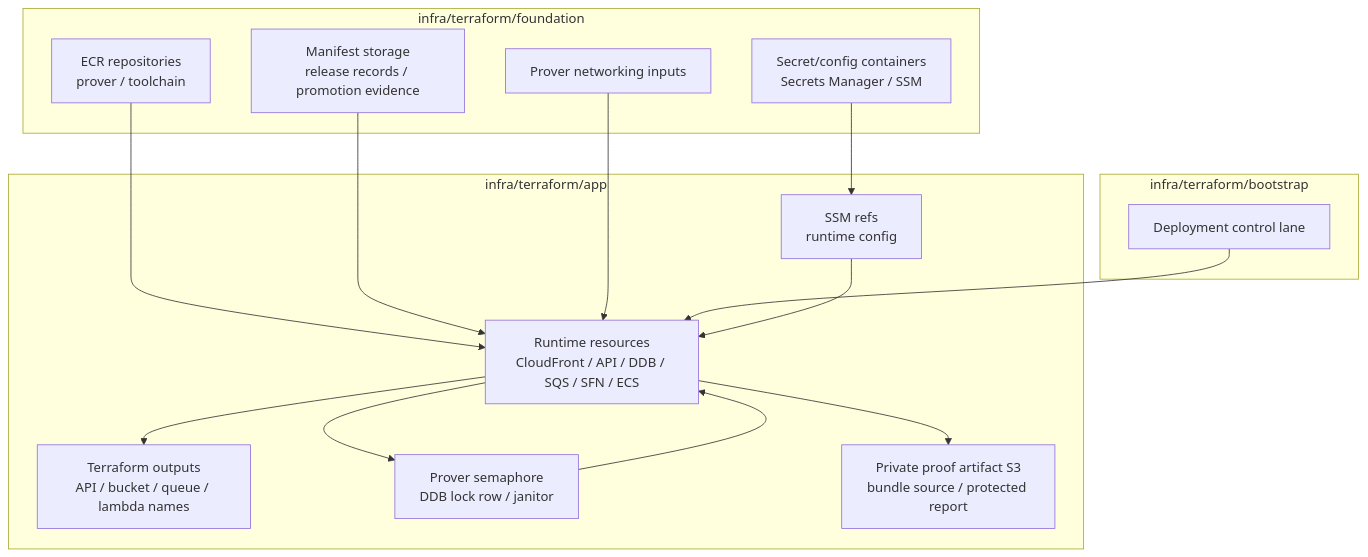
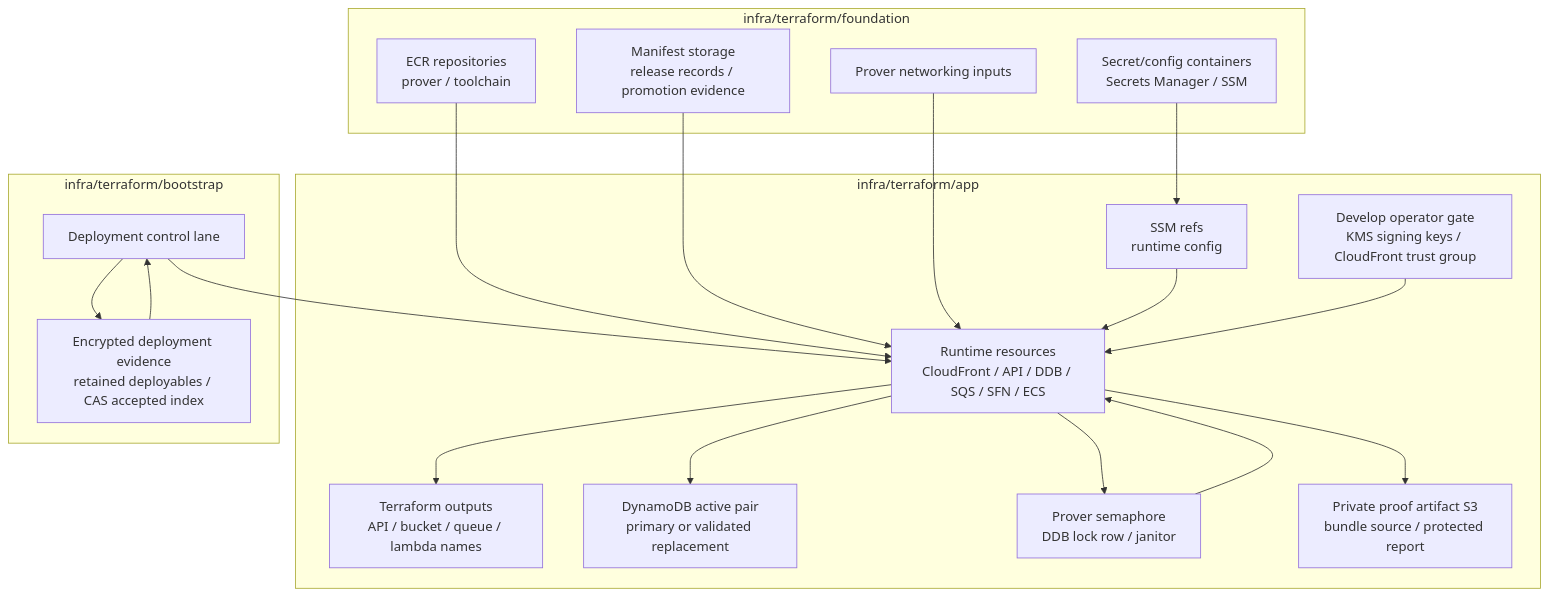
One commit to hwatanabe-jp/stark-ballot-simulator-public changed the diagram in public-book/src/aws/design-and-services.md. Above: the diagram before and after it, drawn with Mermaid. The commit also changed other lines of this file and 275 other files, not shown here.

````diff
--- a/public-book/src/aws/design-and-services.md
+++ b/public-book/src/aws/design-and-services.md
@@ -113,32 +120,39 @@
 ```mermaid
 flowchart TB
   subgraph FOUNDATION["infra/terraform/foundation"]
     ECR["ECR repositories<br/>prover / toolchain"]
     MANIFEST["Manifest storage<br/>release records / promotion evidence"]
     CONFIG["Secret/config containers<br/>Secrets Manager / SSM"]
     NET["Prover networking inputs"]
   end
 
   subgraph APP["infra/terraform/app"]
     OUT["Terraform outputs<br/>API / bucket / queue / lambda names"]
     PARAM["SSM refs<br/>runtime config"]
     RUNTIME["Runtime resources<br/>CloudFront / API / DDB / SQS / SFN / ECS"]
+    GATE["Develop operator gate<br/>KMS signing keys / CloudFront trust group"]
+    DATA["DynamoDB active pair<br/>primary or validated replacement"]
     SEM["Prover semaphore<br/>DDB lock row / janitor"]
     ARTIFACTS["Private proof artifact S3<br/>bundle source / protected report"]
   end
 
   subgraph BOOT["infra/terraform/bootstrap"]
     CONTROL["Deployment control lane"]
+    ACCEPT["Encrypted deployment evidence<br/>retained deployables / CAS accepted index"]
   end
 
   ECR --> RUNTIME
   MANIFEST --> RUNTIME
   CONFIG --> PARAM
   NET --> RUNTIME
   CONTROL --> RUNTIME
+  CONTROL --> ACCEPT
+  ACCEPT --> CONTROL
   PARAM --> RUNTIME
+  GATE --> RUNTIME
+  RUNTIME --> DATA
   RUNTIME --> SEM
   SEM --> RUNTIME
   RUNTIME --> ARTIFACTS
   RUNTIME --> OUT
 ```
````
